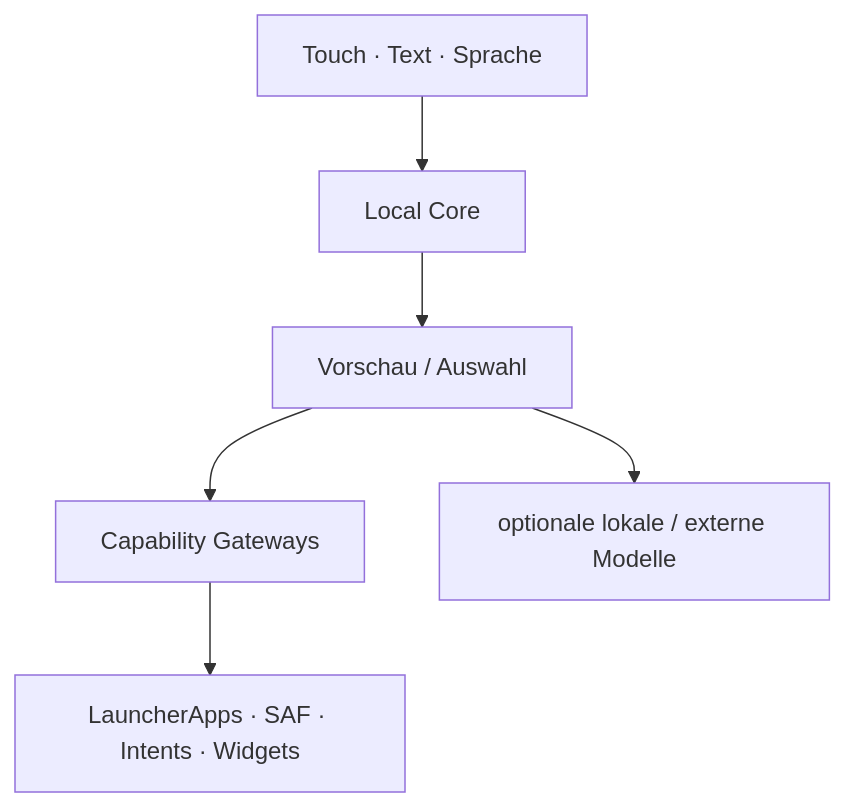
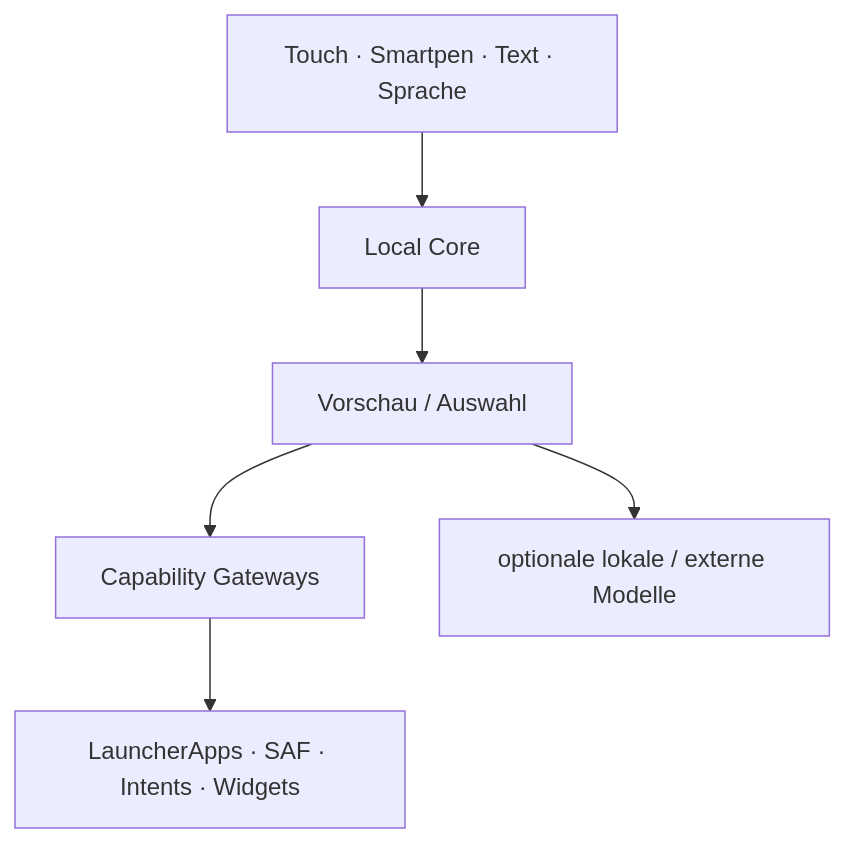
The first of 5 diagrams in docs/ARCHITECTURE.md (chekento/kosch-ai-android), drawn with Mermaid before and after one commit. The commit also changed other lines of this file and 11 other files, not shown here.

````diff
--- a/docs/ARCHITECTURE.md
+++ b/docs/ARCHITECTURE.md
@@ -7,8 +7,8 @@
 ```mermaid
 flowchart TD
-    Input["Touch · Text · Sprache"] --> Planner["Local Core"]
+    Input["Touch · Smartpen · Text · Sprache"] --> Planner["Local Core"]
     Planner --> Preview["Vorschau / Auswahl"]
     Preview --> Gateway["Capability Gateways"]
     Gateway --> Android["LauncherApps · SAF · Intents · Widgets"]
     Preview --> Models["optionale lokale / externe Modelle"]
 ```
````
